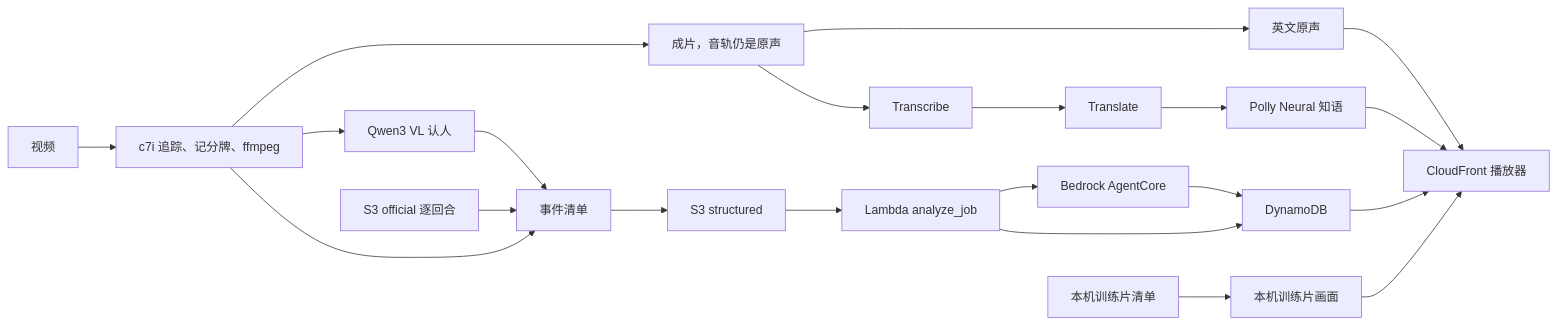
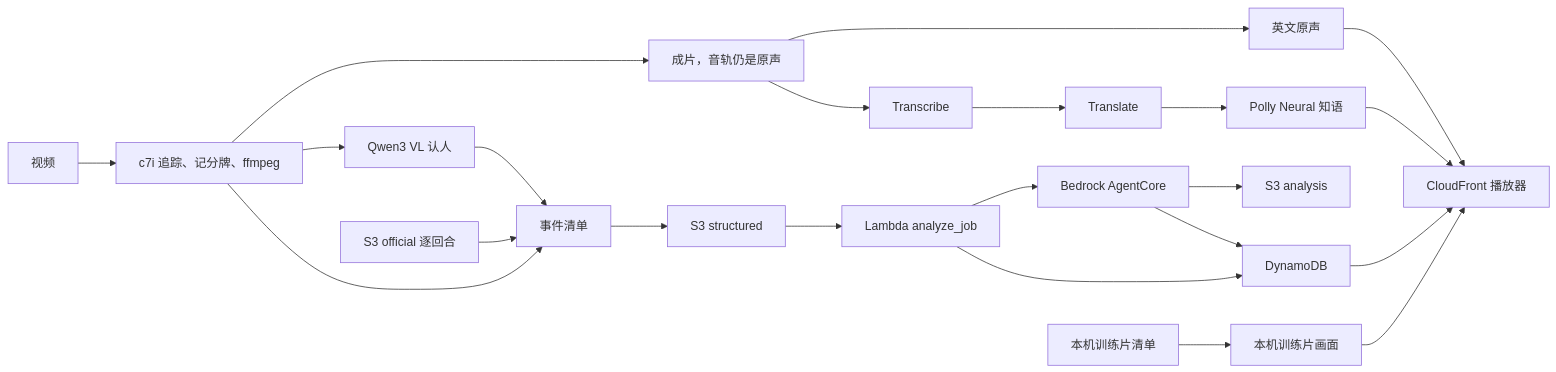
The diagram in docs/pipeline-map.md (Max-lzp/Agent-NBA), drawn with Mermaid before and after one commit. The commit also changed other lines of this file and 18 other files, not shown here.

````diff
--- a/docs/pipeline-map.md
+++ b/docs/pipeline-map.md
@@ -8,23 +8,24 @@
 ```mermaid
 flowchart LR
   video[视频] --> machine[c7i 追踪、记分牌、ffmpeg]
   machine --> textract[Qwen3 VL 认人]
   machine --> film[成片，音轨仍是原声]
   film --> en[英文原声]
   film --> asr[Transcribe]
   asr --> zhwords[Translate]
   zhwords --> polly[Polly Neural 知语]
   en --> page[CloudFront 播放器]
   polly --> page
   textract --> stream[事件清单]
   officials3[S3 official 逐回合] --> stream
   machine --> stream
   stream --> s3[S3 structured]
   s3 --> analyze[Lambda analyze_job]
   analyze --> agent[Bedrock AgentCore]
+  agent --> analysis[S3 analysis]
   agent --> ddb[DynamoDB]
   analyze --> ddb
   ddb --> page
   localstream[本机训练片清单] --> cut[本机训练片画面]
   cut --> page
 ```
````
